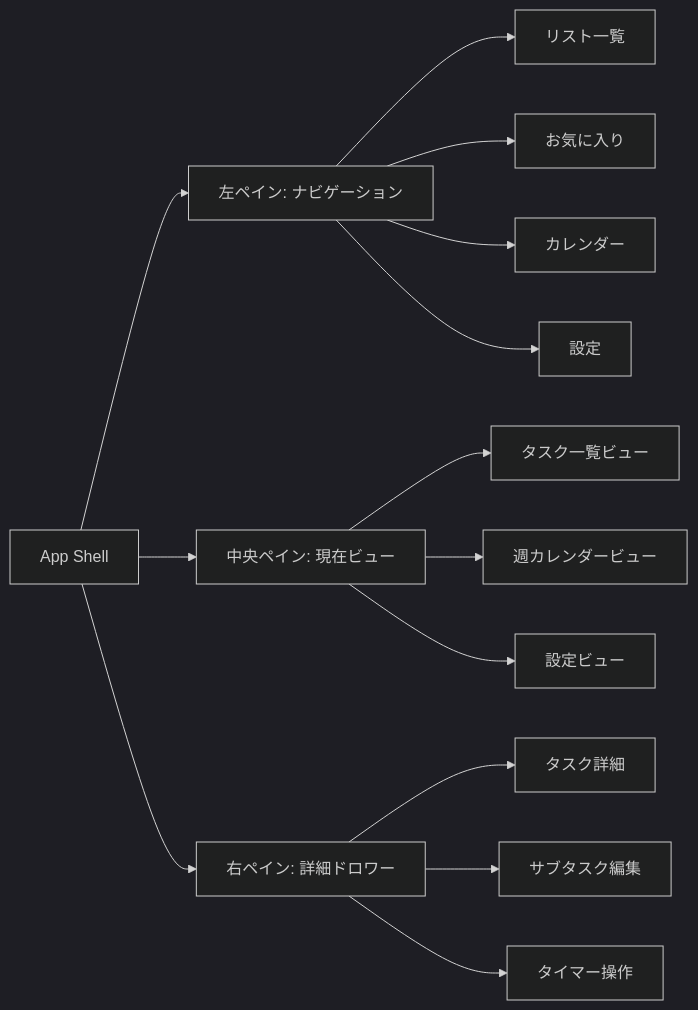
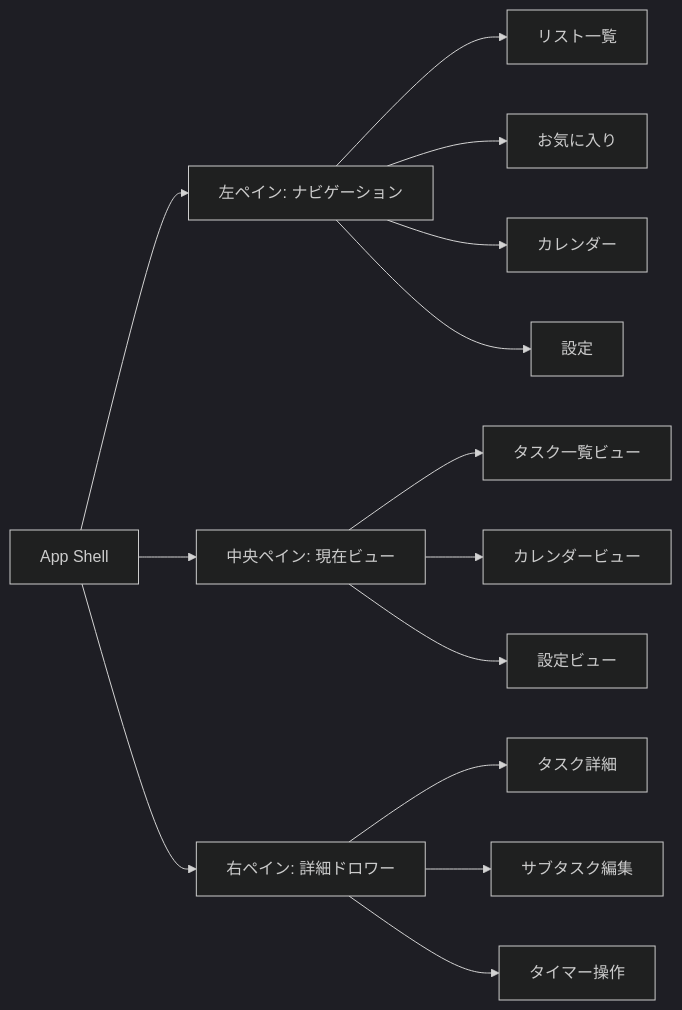
The first of 2 diagrams in docs/ui-ux-redesign.md (yt-hsgw/TaskTimer), drawn with Mermaid (dark theme) before and after one commit. The commit also changed other lines of this file and 24 other files, not shown here.

Commit message:
Implement calendar view modes

````diff
--- a/docs/ui-ux-redesign.md
+++ b/docs/ui-ux-redesign.md
@@ -55,24 +55,24 @@
 ```mermaid
 flowchart LR
   App["App Shell"]
   Left["左ペイン: ナビゲーション"]
   Center["中央ペイン: 現在ビュー"]
   Right["右ペイン: 詳細ドロワー"]
 
   App --> Left
   App --> Center
   App --> Right
 
   Left --> Lists["リスト一覧"]
   Left --> Favorite["お気に入り"]
   Left --> CalendarNav["カレンダー"]
   Left --> SettingsNav["設定"]
 
   Center --> TaskList["タスク一覧ビュー"]
-  Center --> CalendarView["週カレンダービュー"]
+  Center --> CalendarView["カレンダービュー"]
   Center --> SettingsView["設定ビュー"]
 
   Right --> TaskDetail["タスク詳細"]
   Right --> SubtaskEditor["サブタスク編集"]
   Right --> TimerControls["タイマー操作"]
 ```
````
